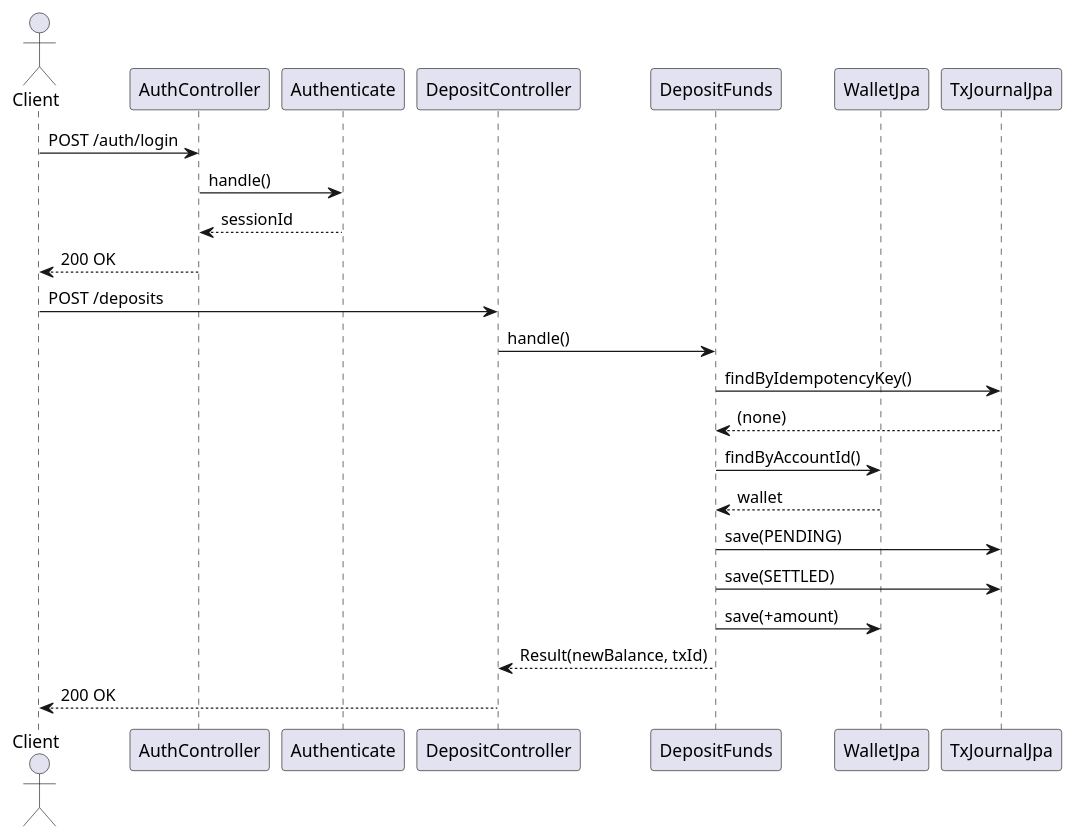
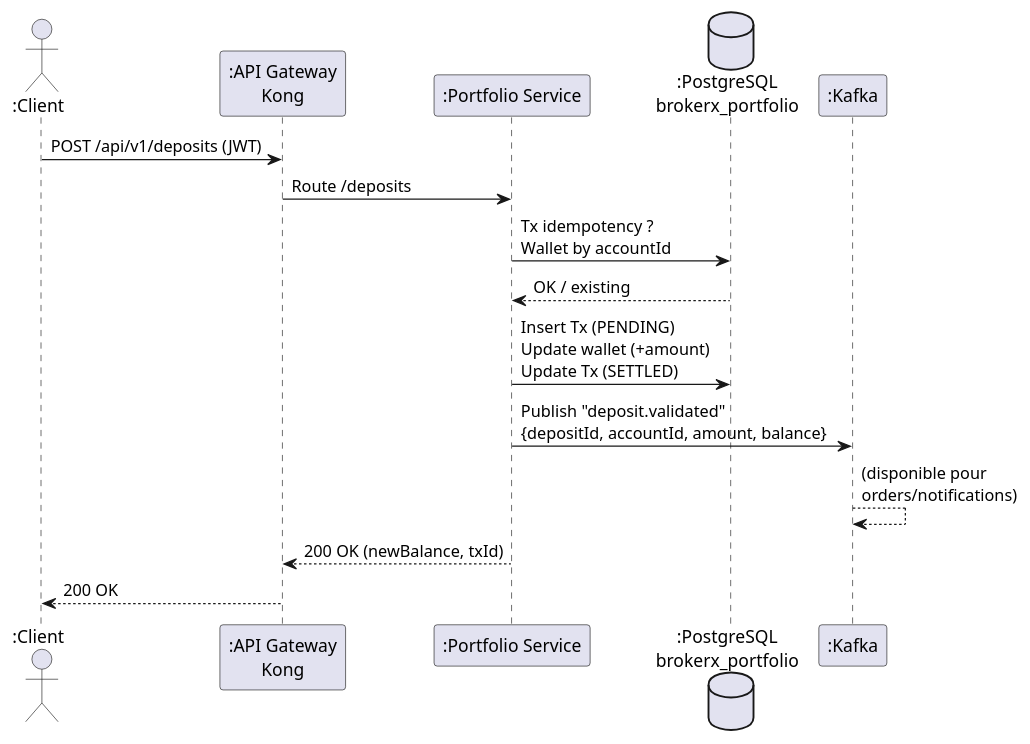
Before and after one commit to AymanZahir/brokerX-phase1: the diagram in brokerx/docs/architecture/views/process-deposit.puml, drawn with PlantUML. The commit also changed 19 other files, not shown here.

```diff
--- a/brokerx/docs/architecture/views/process-deposit.puml
+++ b/brokerx/docs/architecture/views/process-deposit.puml
@@ -1,26 +1,17 @@
 @startuml
-actor Client
-participant "AuthController" as AuthC
-participant "Authenticate" as Auth
-participant "DepositController" as DepC
-participant "DepositFunds" as Dep
-participant "WalletJpa" as Wallet
-participant "TxJournalJpa" as Tx
+actor ":Client" as Client
+participant ":API Gateway\nKong" as Gateway
+participant ":Portfolio Service" as Portfolio
+database ":PostgreSQL\nbrokerx_portfolio" as DB
+participant ":Kafka" as Kafka
 
-Client -> AuthC : POST /auth/login
-AuthC -> Auth : handle()
-Auth --> AuthC : sessionId
-AuthC --> Client : 200 OK
-
-Client -> DepC : POST /deposits
-DepC -> Dep : handle()
-Dep -> Tx : findByIdempotencyKey()
-Tx --> Dep : (none)
-Dep -> Wallet : findByAccountId()
-Wallet --> Dep : wallet
-Dep -> Tx : save(PENDING)
-Dep -> Tx : save(SETTLED)
-Dep -> Wallet : save(+amount)
-Dep --> DepC : Result(newBalance, txId)
-DepC --> Client : 200 OK
+Client -> Gateway : POST /api/v1/deposits (JWT)
+Gateway -> Portfolio : Route /deposits
+Portfolio -> DB : Tx idempotency ?\nWallet by accountId
+DB --> Portfolio : OK / existing
+Portfolio -> DB : Insert Tx (PENDING)\nUpdate wallet (+amount)\nUpdate Tx (SETTLED)
+Portfolio -> Kafka : Publish "deposit.validated"\n{depositId, accountId, amount, balance}
+Kafka --> Kafka : (disponible pour\norders/notifications)
+Portfolio --> Gateway : 200 OK (newBalance, txId)
+Gateway --> Client : 200 OK
 @enduml
```
